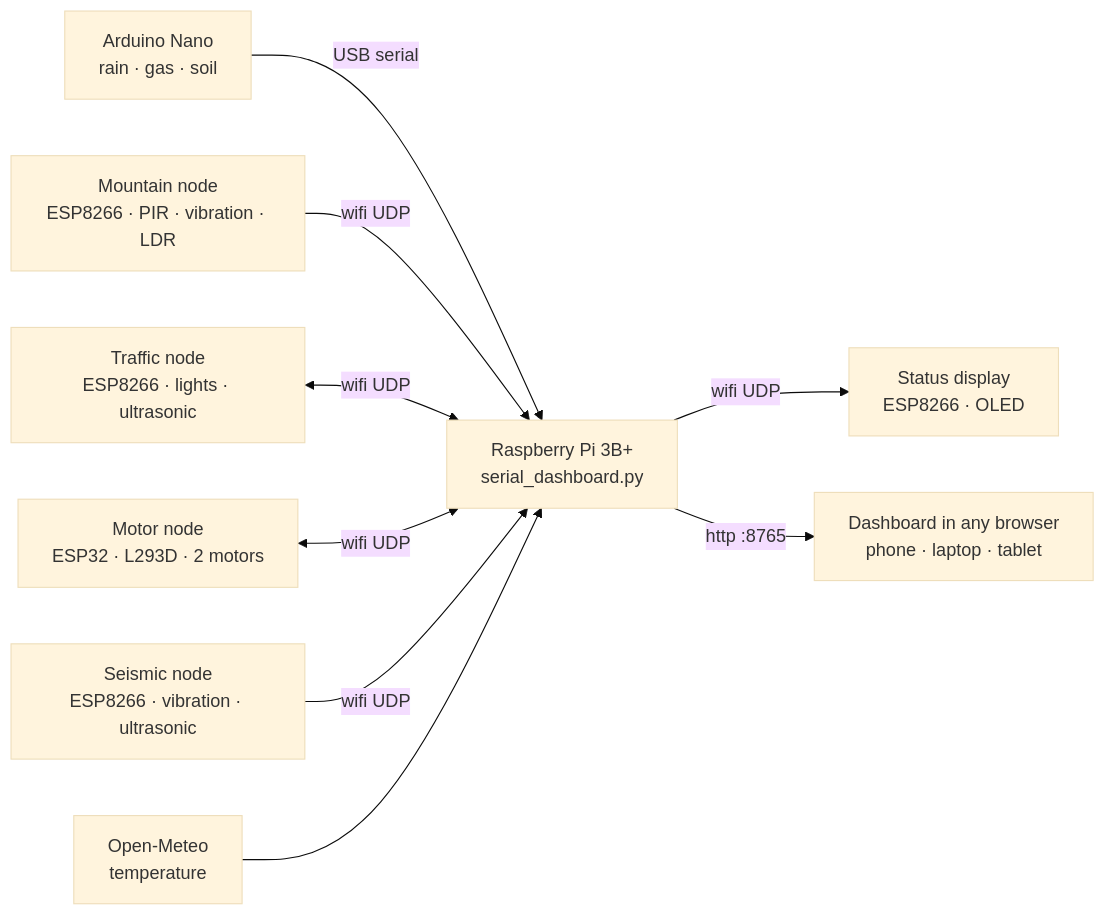
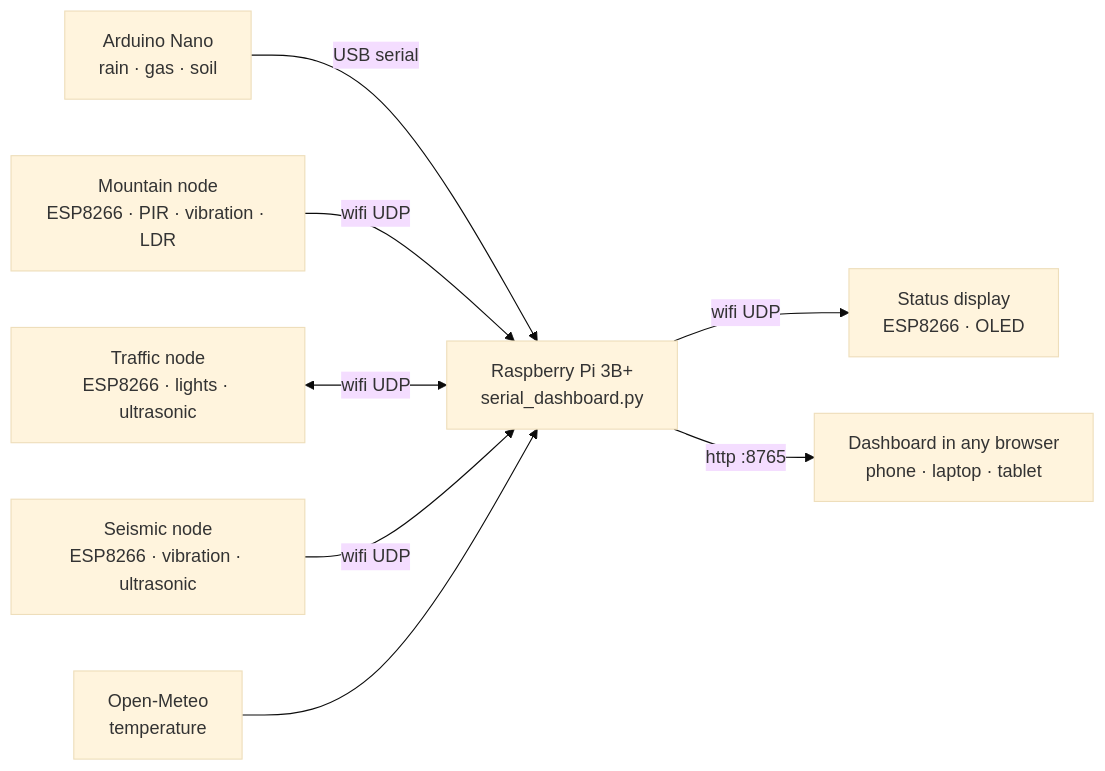
The diagram in README.md (dhyandevp/smartcity), drawn with Mermaid (base theme) before and after one commit. The commit also changed other lines of this file and 7 other files, not shown here.

````diff
--- a/README.md
+++ b/README.md
@@ -29,11 +28,10 @@
 ```mermaid
 flowchart LR
     NANO["Arduino Nano<br/>rain · gas · soil"] -- USB serial --> PI
     MTN["Mountain node<br/>ESP8266 · PIR · vibration · LDR"] -- wifi UDP --> PI
     TRF["Traffic node<br/>ESP8266 · lights · ultrasonic"] <-- wifi UDP --> PI
-    MOT["Motor node<br/>ESP32 · L293D · 2 motors"] <-- wifi UDP --> PI
     SEI["Seismic node<br/>ESP8266 · vibration · ultrasonic"] -- wifi UDP --> PI
     PI["Raspberry Pi 3B+<br/>serial_dashboard.py"] -- wifi UDP --> OLED["Status display<br/>ESP8266 · OLED"]
     WEB["Open-Meteo<br/>temperature"] --> PI
     PI -- "http :8765" --> BROWSER["Dashboard in any browser<br/>phone · laptop · tablet"]
 ```
````
